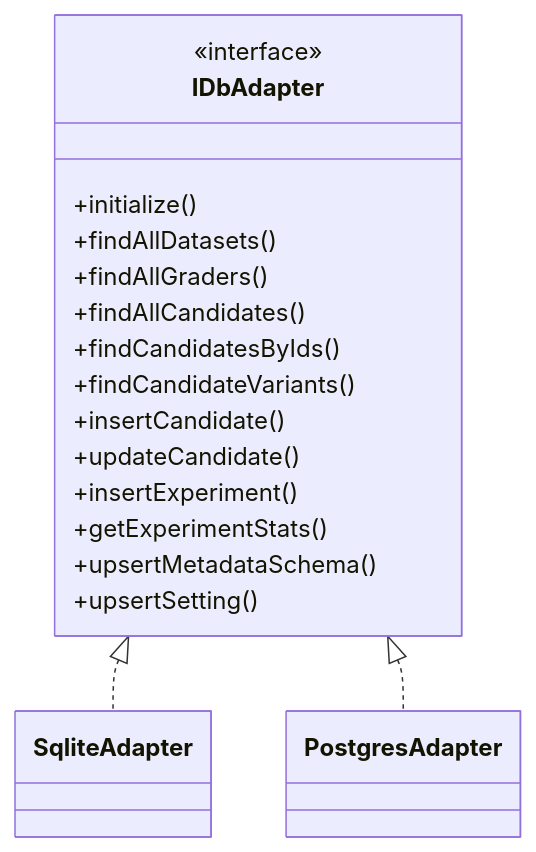
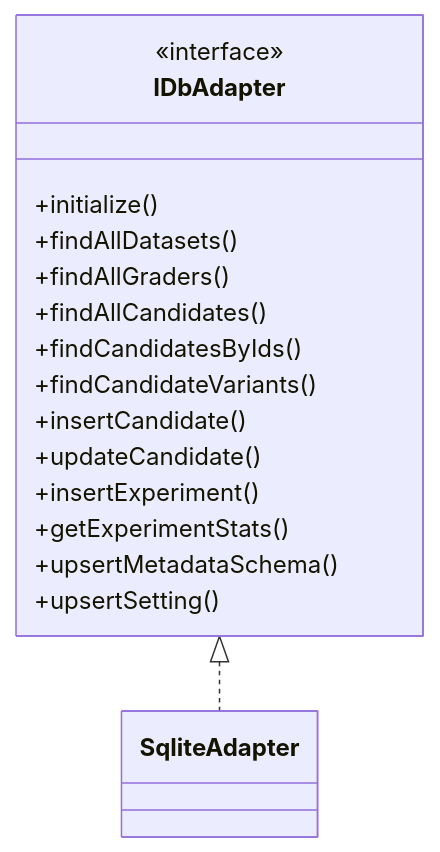
Before and after one commit to jddunn/full-stack-eval-harness: the second of 6 diagrams in ARCHITECTURE.md, drawn with Mermaid. The commit also changed other lines of this file and 110 other files, not shown here.

````diff
--- a/ARCHITECTURE.md
+++ b/ARCHITECTURE.md
@@ -39,21 +70,21 @@
 ```mermaid
 classDiagram
     class IDbAdapter {
         <<interface>>
         +initialize()
         +findAllDatasets()
         +findAllGraders()
         +findAllCandidates()
         +findCandidatesByIds()
         +findCandidateVariants()
         +insertCandidate()
         +updateCandidate()
         +insertExperiment()
         +getExperimentStats()
         +upsertMetadataSchema()
         +upsertSetting()
     }
 
     IDbAdapter <|.. SqliteAdapter
-    IDbAdapter <|.. PostgresAdapter
+    %% PostgresAdapter planned (not implemented in this repo)
 ```
````
